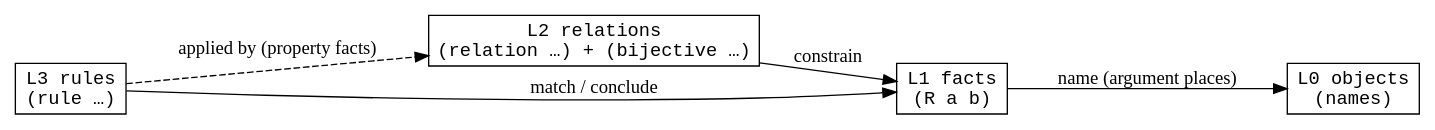
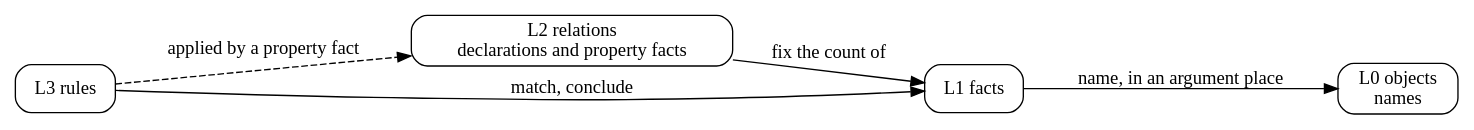
The seventh of 7 diagrams in docs/ein/reasoning/01-static-ir/04-rules-as-statements.md (agutikov/ein), drawn with Graphviz before and after one commit. The commit also changed other lines of this file and 4 other files, not shown here.

````diff
--- a/docs/ein/reasoning/01-static-ir/04-rules-as-statements.md
+++ b/docs/ein/reasoning/01-static-ir/04-rules-as-statements.md
@@ -101,14 +365,14 @@
 ```dot
 digraph four_levels {
   rankdir=LR;
-  node [shape=box, fontname="monospace"];
-  L3 [label="L3 rules\n(rule …)"];
-  L2 [label="L2 relations\n(relation …) + (bijective …)"];
-  L1 [label="L1 facts\n(R a b)"];
-  L0 [label="L0 objects\n(names)"];
-  L3 -> L1 [label="match / conclude"];
-  L3 -> L2 [label="applied by (property facts)", style=dashed];
-  L2 -> L1 [label="constrain"];
-  L1 -> L0 [label="name (argument places)"];
+  node [shape=box, style=rounded];
+  L3 [label="L3 rules"];
+  L2 [label="L2 relations\ndeclarations and property facts"];
+  L1 [label="L1 facts"];
+  L0 [label="L0 objects\nnames"];
+  L3 -> L1 [label="match, conclude"];
+  L3 -> L2 [label="applied by a property fact", style=dashed];
+  L2 -> L1 [label="fix the count of"];
+  L1 -> L0 [label="name, in an argument place"];
 }
 ```
````
